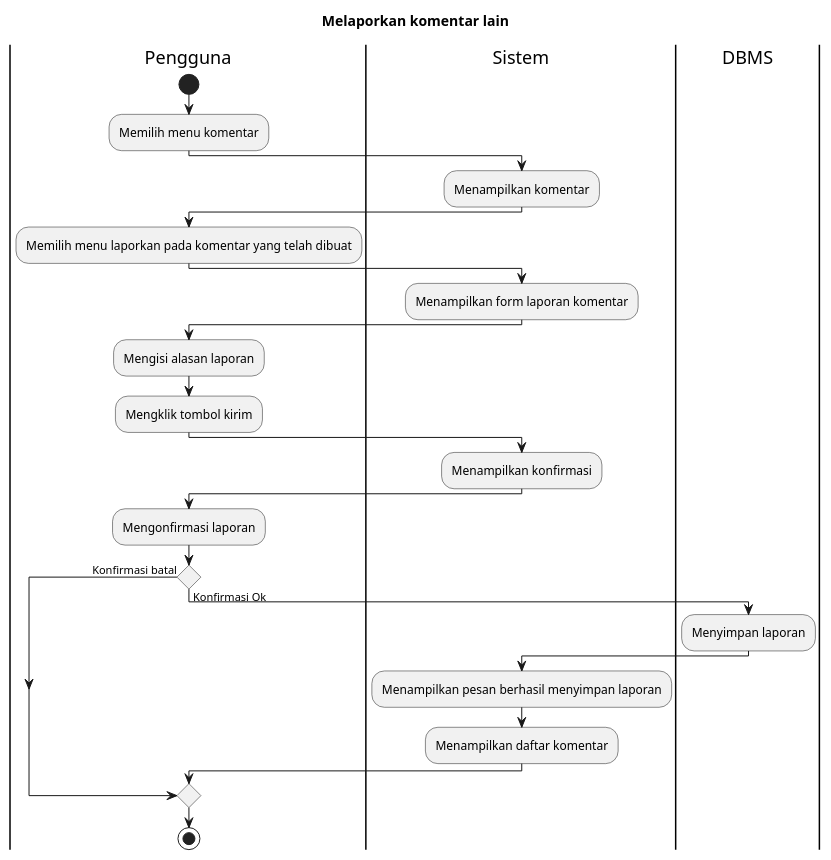
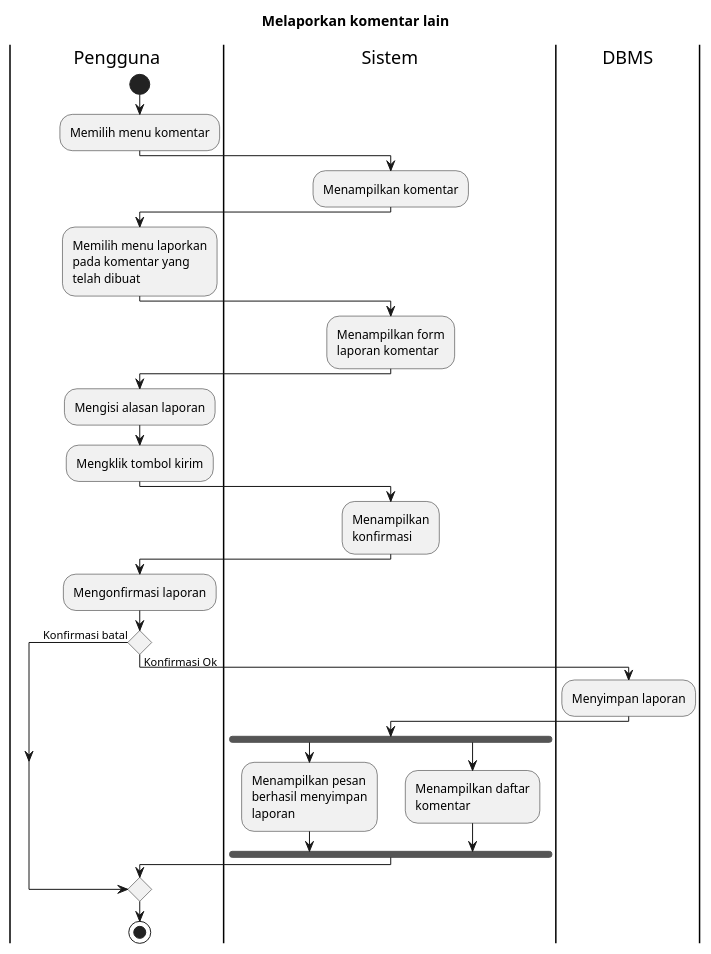
Before and after one commit to bagusNA/appl-diagrams: the diagram in Activity Diagrams/UC-MAP - Peta Bencana/UC-MAP-015 - Melaporkan komentar lain.puml, drawn with PlantUML. The commit also changed 55 other files, not shown here.

```diff
--- a/Activity Diagrams/UC-MAP - Peta Bencana/UC-MAP-015 - Melaporkan komentar lain.puml
+++ b/Activity Diagrams/UC-MAP - Peta Bencana/UC-MAP-015 - Melaporkan komentar lain.puml
@@ -1,41 +1,45 @@
 @startuml UC-MAP-015 - Melaporkan komentar lain
+skinparam wrapWidth 140
 
 title Melaporkan komentar lain
  
 |Pengguna|
 start
 :Memilih menu komentar;
 
 |Sistem|
 :Menampilkan komentar;
 
 |Pengguna|
 :Memilih menu laporkan pada komentar yang telah dibuat;
 
 |Sistem|
 :Menampilkan form laporan komentar;
 
 |Pengguna|
 :Mengisi alasan laporan;
 :Mengklik tombol kirim;
 
 |Sistem|
 :Menampilkan konfirmasi;
 
 |Pengguna|
 :Mengonfirmasi laporan;
 
 if () then (Konfirmasi batal)
 else (Konfirmasi Ok)
   |DBMS|
   :Menyimpan laporan;
 
   |Sistem|
-  :Menampilkan pesan berhasil menyimpan laporan;
-  :Menampilkan daftar komentar;
+  fork
+    :Menampilkan pesan berhasil menyimpan laporan;
+  fork again
+    :Menampilkan daftar komentar;
+  endfork
 endif
 
 |Pengguna|
 stop
 
 @enduml
```
